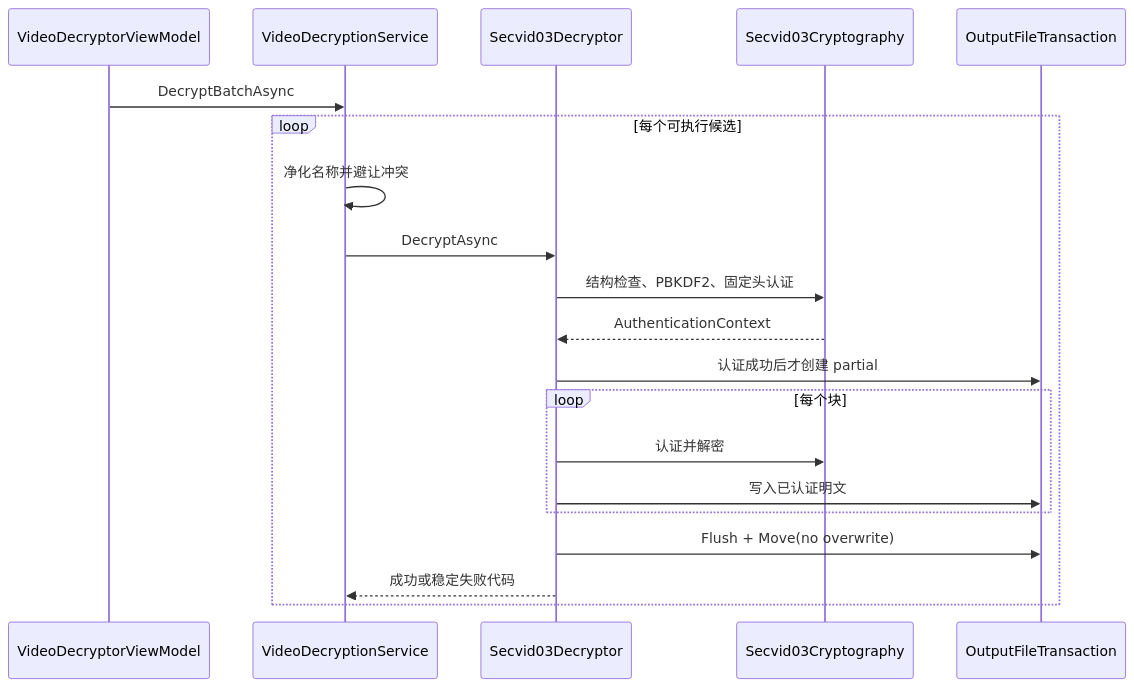
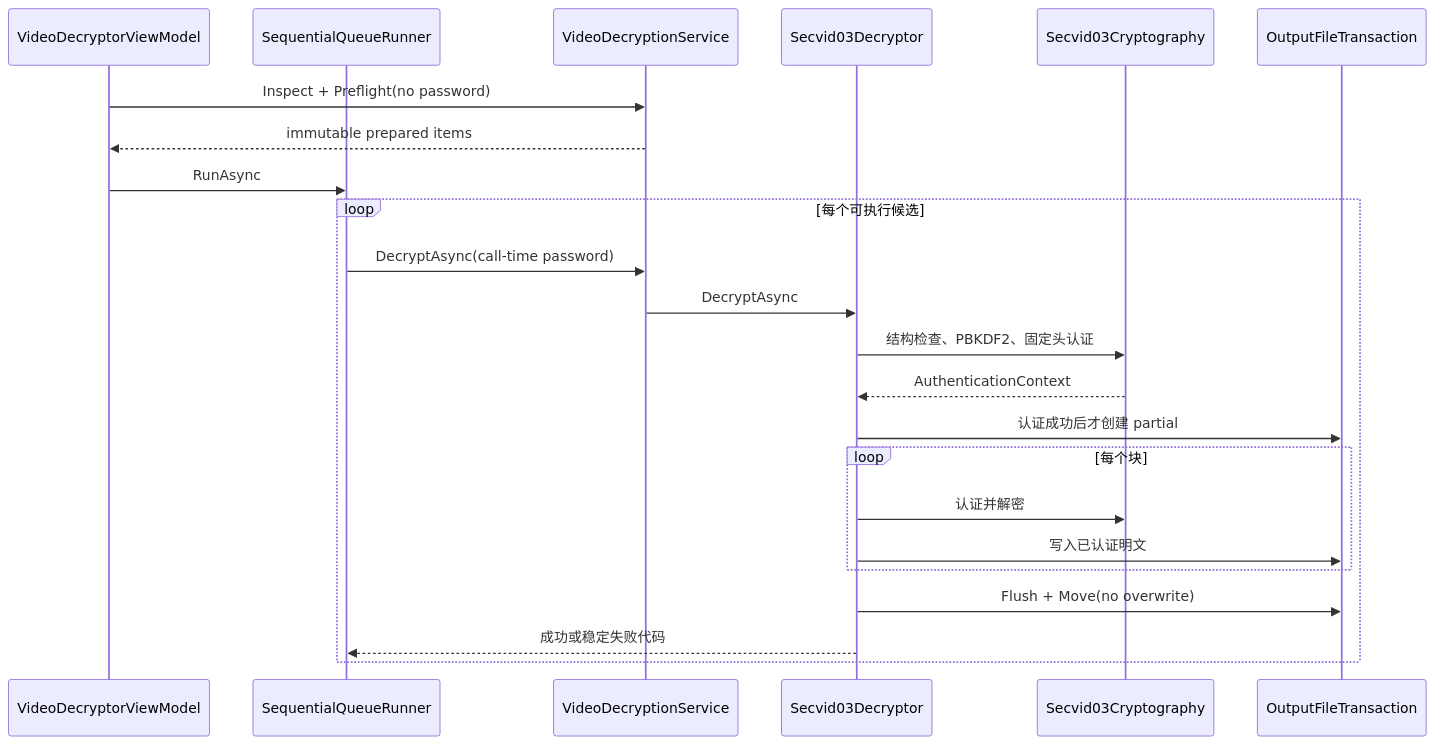
Before and after one commit to crownclowngx/avalonia_dock_simple_test: the fifth of 7 diagrams in Plugins/MySmallTools/MySmallTools/docs/secret-video-player/architecture-design.md, drawn with Mermaid. The commit also changed other lines of this file and 24 other files, not shown here.

````diff
--- a/Plugins/MySmallTools/MySmallTools/docs/secret-video-player/architecture-design.md
+++ b/Plugins/MySmallTools/MySmallTools/docs/secret-video-player/architecture-design.md
@@ -169,23 +197,26 @@
 ```mermaid
 sequenceDiagram
     participant UI as VideoDecryptorViewModel
+    participant Queue as SequentialQueueRunner
     participant Batch as VideoDecryptionService
     participant One as Secvid03Decryptor
     participant Crypto as Secvid03Cryptography
     participant Tx as OutputFileTransaction
 
-    UI->>Batch: DecryptBatchAsync
+    UI->>Batch: Inspect + Preflight(no password)
+    Batch-->>UI: immutable prepared items
+    UI->>Queue: RunAsync
     loop 每个可执行候选
-        Batch->>Batch: 净化名称并避让冲突
+        Queue->>Batch: DecryptAsync(call-time password)
         Batch->>One: DecryptAsync
         One->>Crypto: 结构检查、PBKDF2、固定头认证
         Crypto-->>One: AuthenticationContext
         One->>Tx: 认证成功后才创建 partial
         loop 每个块
             One->>Crypto: 认证并解密
             One->>Tx: 写入已认证明文
         end
         One->>Tx: Flush + Move(no overwrite)
-        One-->>Batch: 成功或稳定失败代码
+        One-->>Queue: 成功或稳定失败代码
     end
 ```
````
